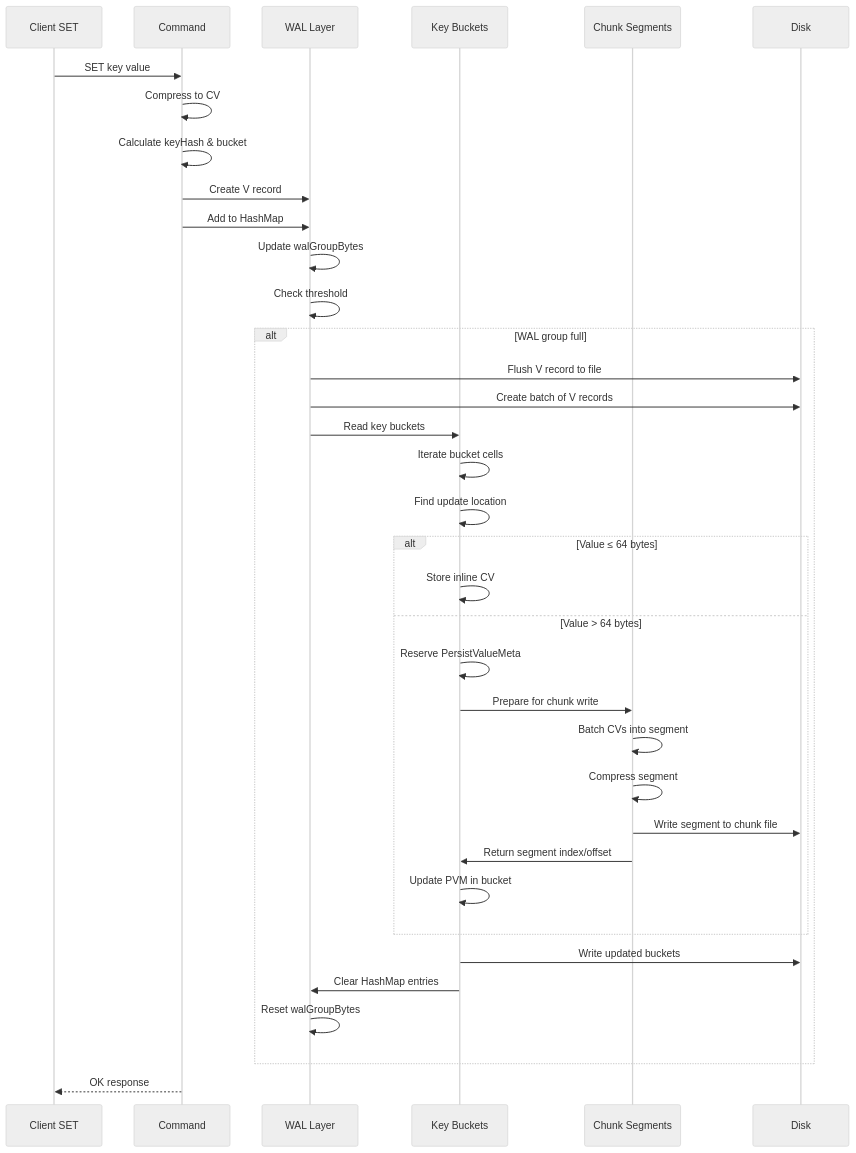
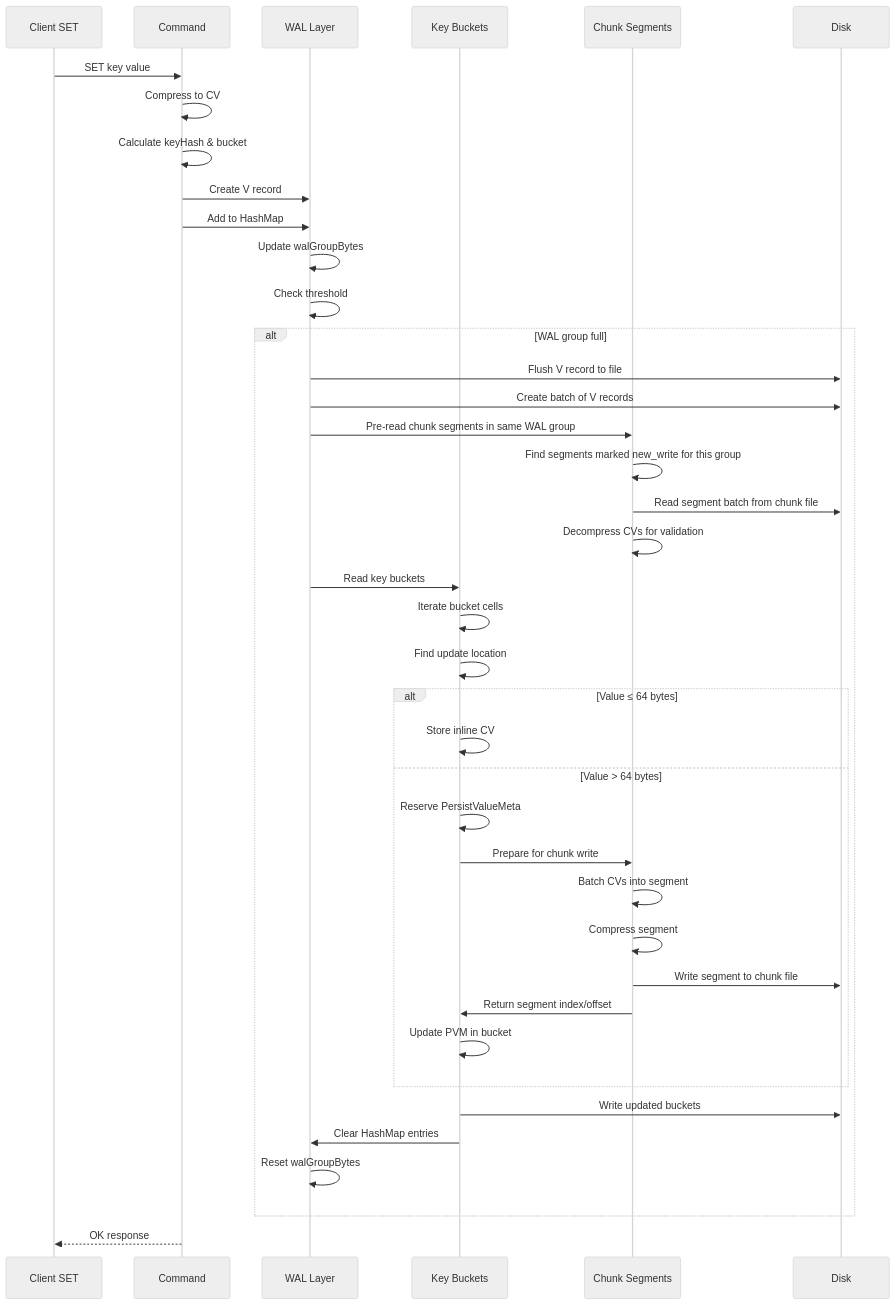
Before and after one commit to segment11/velo: the eighth of 10 diagrams in doc/design/02_persist_layer_design.md, drawn with Mermaid (neutral theme).

Commit message:
doc: add chunk segments gc step in the write path.

````diff
--- a/doc/design/02_persist_layer_design.md
+++ b/doc/design/02_persist_layer_design.md
@@ -1003,45 +1003,50 @@
 ```mermaid
 sequenceDiagram
     participant C as Client SET
     participant CMD as Command
     participant WAL as WAL Layer
     participant KB as Key Buckets
     participant CHUNK as Chunk Segments
     participant D as Disk
 
     C->>CMD: SET key value
     CMD->>CMD: Compress to CV
     CMD->>CMD: Calculate keyHash & bucket
     CMD->>WAL: Create V record
     CMD->>WAL: Add to HashMap
 
     WAL->>WAL: Update walGroupBytes
     WAL->>WAL: Check threshold
 
     alt WAL group full
         WAL->>D: Flush V record to file
         WAL->>D: Create batch of V records
+
+        WAL->>CHUNK: Pre-read chunk segments in same WAL group
+        CHUNK->>CHUNK: Find segments marked new_write for this group
+        CHUNK->>D: Read segment batch from chunk file
+        CHUNK->>CHUNK: Decompress CVs for validation
 
         WAL->>KB: Read key buckets
         KB->>KB: Iterate bucket cells
         KB->>KB: Find update location
 
         alt Value ≤ 64 bytes
             KB->>KB: Store inline CV
         else Value > 64 bytes
             KB->>KB: Reserve PersistValueMeta
             KB->>CHUNK: Prepare for chunk write
             CHUNK->>CHUNK: Batch CVs into segment
             CHUNK->>CHUNK: Compress segment
             CHUNK->>D: Write segment to chunk file
             CHUNK->>KB: Return segment index/offset
             KB->>KB: Update PVM in bucket
         end
 
         KB->>D: Write updated buckets
         KB->>WAL: Clear HashMap entries
         WAL->>WAL: Reset walGroupBytes
     end
 
     CMD-->>C: OK response
 ```
````
